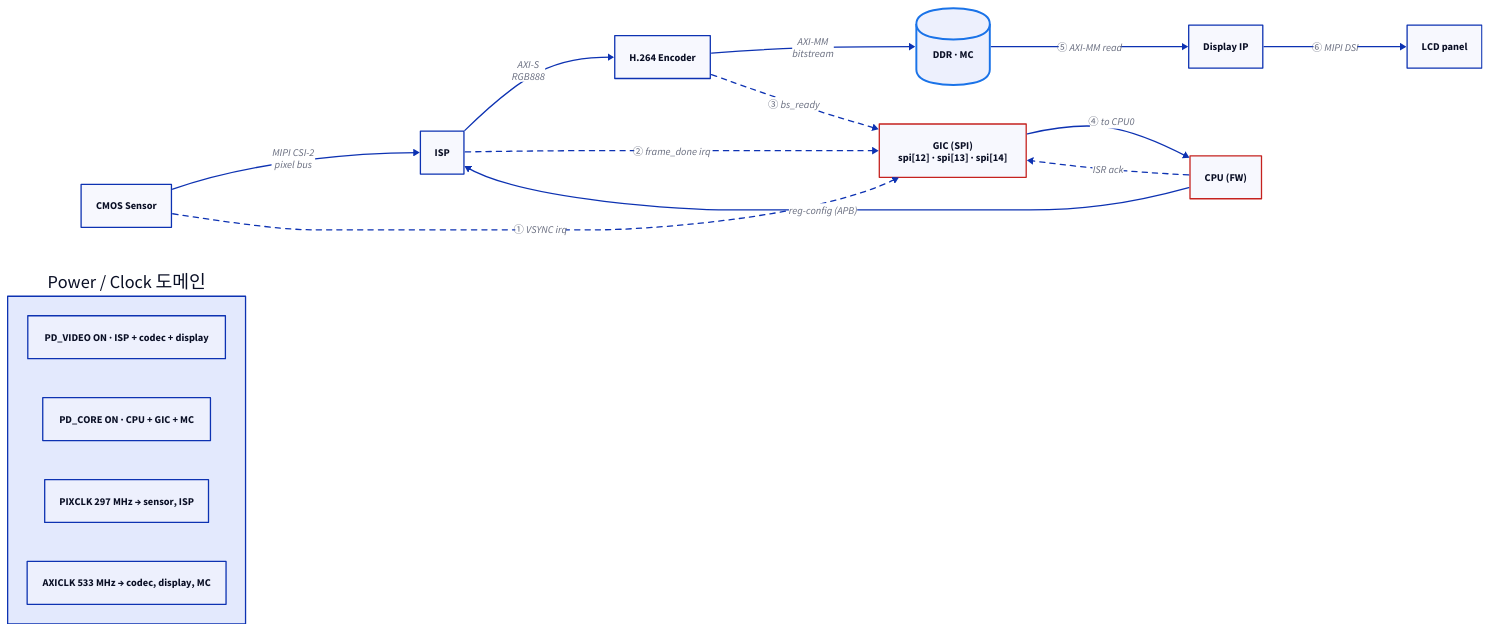
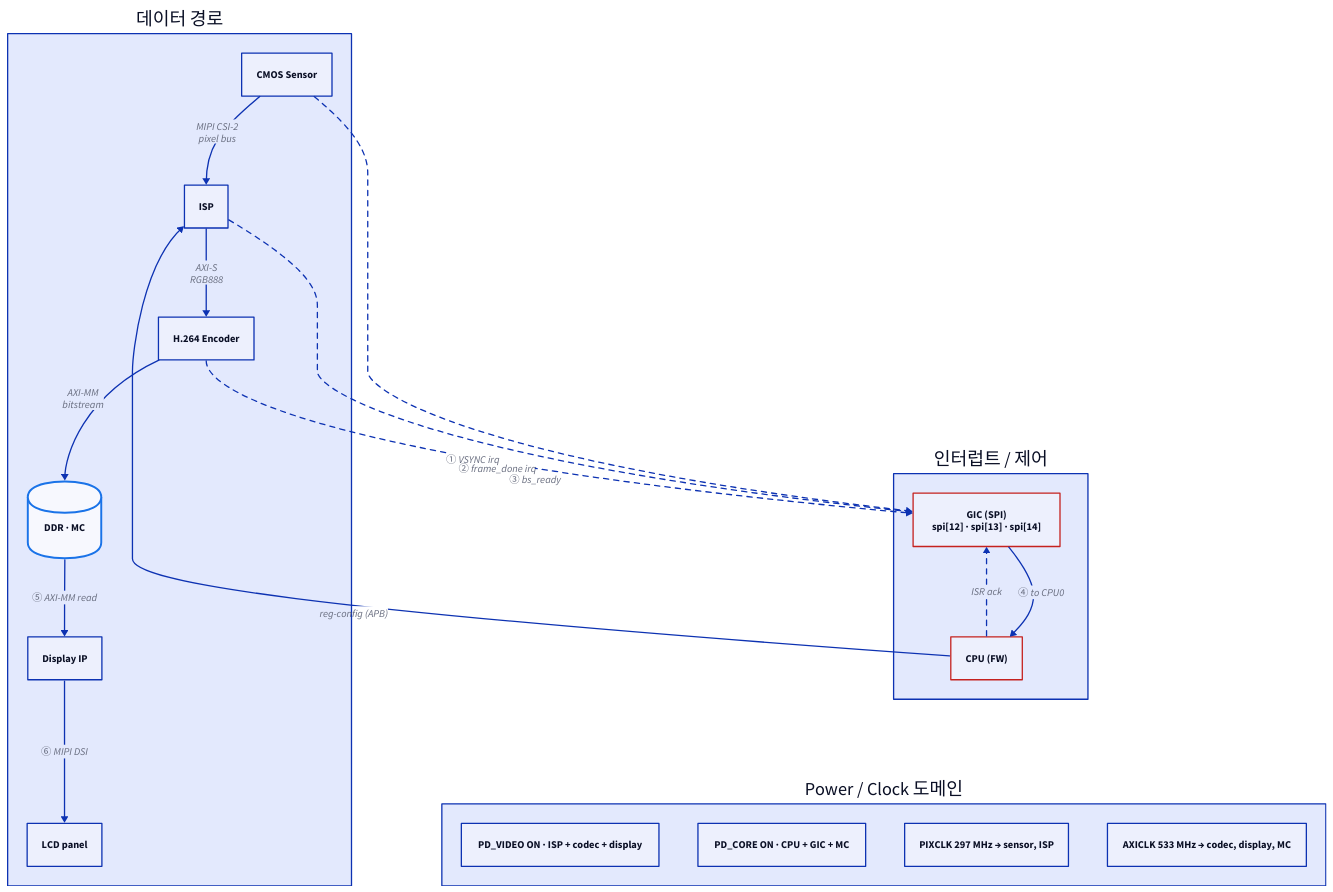
One commit to humbleowl39/DV_SKOOL changed the second of 4 diagrams in topics/soc_integration_cctv/docs/01_soc_top_integration.md. Above: the diagram before and after it, drawn with D2. The commit also changed 90 other files, not shown here.

First line of the commit message:
docs: 전 토픽 다이어그램 정비 — ASCII→D2, mermaid→D2, 과대 D2 가시성 수정

````diff
--- a/topics/soc_integration_cctv/docs/01_soc_top_integration.md
+++ b/topics/soc_integration_cctv/docs/01_soc_top_integration.md
@@ -118,32 +118,40 @@
 ```d2
-direction: right
+direction: down
 
-SENSOR: CMOS Sensor
-ISP: ISP
-CODEC: H.264 Encoder
-DDR: "DDR · MC" { shape: cylinder; style.stroke: "#1a73e8"; style.stroke-width: 3 }
-DISP: Display IP
-LCD: LCD panel
-GIC: "GIC (SPI)\nspi[12] · spi[13] · spi[14]" { style.stroke: "#c5221f"; style.stroke-width: 2 }
-CPU: "CPU (FW)" { style.stroke: "#c5221f"; style.stroke-width: 2 }
+DATA: "데이터 경로" {
+  direction: right
+  SENSOR: CMOS Sensor
+  ISP: ISP
+  CODEC: H.264 Encoder
+  DDR: "DDR · MC" { shape: cylinder; style.stroke: "#1a73e8"; style.stroke-width: 3 }
+  DISP: Display IP
+  LCD: LCD panel
 
-SENSOR -> ISP: "MIPI CSI-2\npixel bus"
-ISP -> CODEC: "AXI-S\nRGB888"
-CODEC -> DDR: "AXI-MM\nbitstream"
-DDR -> DISP: "⑤ AXI-MM read"
-DISP -> LCD: "⑥ MIPI DSI"
+  SENSOR -> ISP: "MIPI CSI-2\npixel bus"
+  ISP -> CODEC: "AXI-S\nRGB888"
+  CODEC -> DDR: "AXI-MM\nbitstream"
+  DDR -> DISP: "⑤ AXI-MM read"
+  DISP -> LCD: "⑥ MIPI DSI"
+}
 
-SENSOR -> GIC: "① VSYNC irq" { style.stroke-dash: 4 }
-ISP -> GIC: "② frame_done irq" { style.stroke-dash: 4 }
-CODEC -> GIC: "③ bs_ready" { style.stroke-dash: 4 }
-GIC -> CPU: "④ to CPU0"
-CPU -> ISP: "reg-config (APB)"
-CPU -> GIC: "ISR ack" { style.stroke-dash: 4 }
+CTRL: "인터럽트 / 제어" {
+  direction: right
+  GIC: "GIC (SPI)\nspi[12] · spi[13] · spi[14]" { style.stroke: "#c5221f"; style.stroke-width: 2 }
+  CPU: "CPU (FW)" { style.stroke: "#c5221f"; style.stroke-width: 2 }
+  GIC -> CPU: "④ to CPU0"
+}
 
 PWR_CLK: "Power / Clock 도메인" {
   PD_VIDEO: "PD_VIDEO ON · ISP + codec + display"
   PD_CORE: "PD_CORE ON · CPU + GIC + MC"
   PIXCLK: "PIXCLK 297 MHz → sensor, ISP"
   AXICLK: "AXICLK 533 MHz → codec, display, MC"
 }
+
+DATA.SENSOR -> CTRL.GIC: "① VSYNC irq" { style.stroke-dash: 4 }
+DATA.ISP -> CTRL.GIC: "② frame_done irq" { style.stroke-dash: 4 }
+DATA.CODEC -> CTRL.GIC: "③ bs_ready" { style.stroke-dash: 4 }
+CTRL.CPU -> DATA.ISP: "reg-config (APB)"
+CTRL.CPU -> CTRL.GIC: "ISR ack" { style.stroke-dash: 4 }
+CTRL -> PWR_CLK: { style.opacity: 0.0 }
 ```
````
